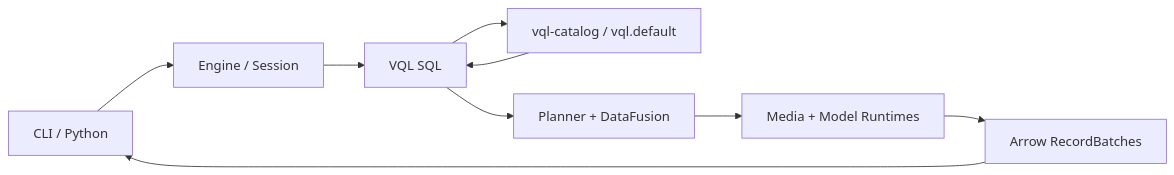
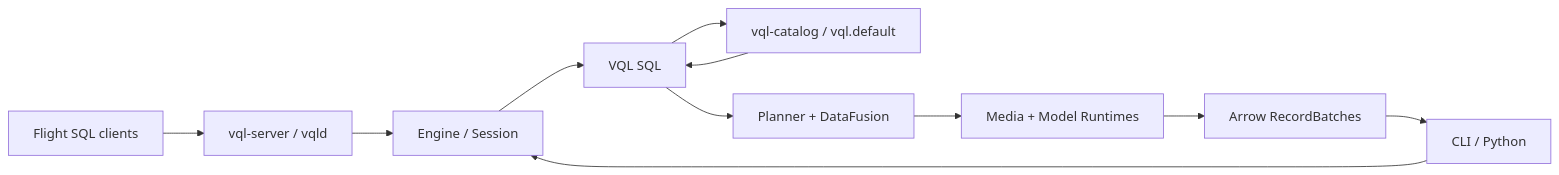
Before and after one commit to zhenlohuang/visionql: the diagram in README.md, drawn with Mermaid. The commit also changed other lines of this file and 33 other files, not shown here.

````diff
--- a/README.md
+++ b/README.md
@@ -285,11 +310,13 @@
 ```mermaid
 flowchart LR
+    CLIENTS["Flight SQL clients"] --> SERVER["vql-server / vqld"]
     HOSTS["CLI / Python"] --> API["Engine / Session"]
+    SERVER --> API
     API --> FRONTEND["VQL SQL"]
     FRONTEND --> CATALOG["vql-catalog / vql.default"]
     CATALOG --> FRONTEND
     FRONTEND --> PLAN["Planner + DataFusion"]
     PLAN --> RUNTIME["Media + Model Runtimes"]
     RUNTIME --> ARROW["Arrow RecordBatches"]
     ARROW --> HOSTS
 ```
````
